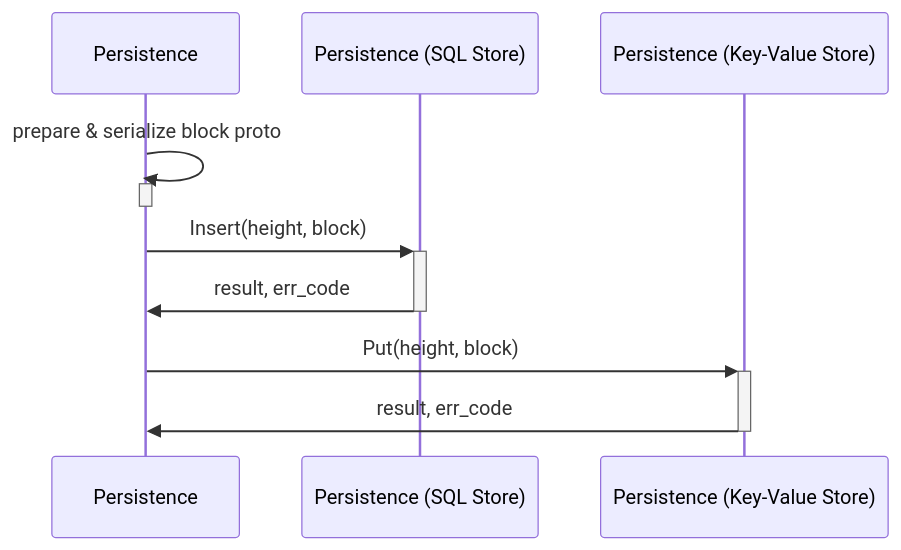
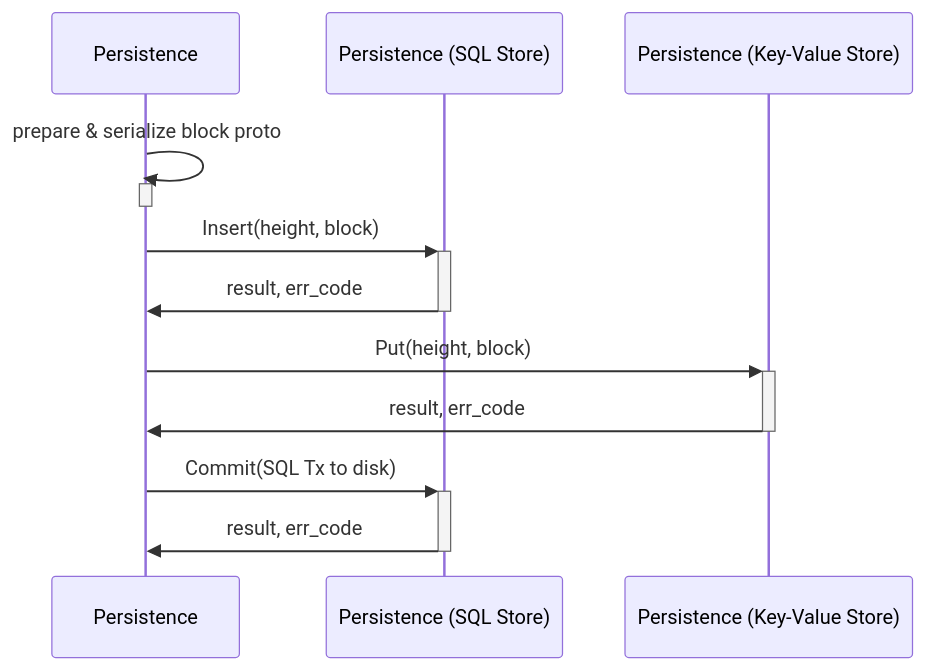
One commit to pokt-network/pocket changed the second of 2 diagrams in persistence/docs/PROTOCOL_STATE_HASH.md. Above: the diagram before and after it, drawn with Mermaid. The commit also changed other lines of this file, not shown here.

````diff
--- a/persistence/docs/PROTOCOL_STATE_HASH.md
+++ b/persistence/docs/PROTOCOL_STATE_HASH.md
@@ -101,18 +108,22 @@
 ```mermaid
 sequenceDiagram
     participant P as Persistence
     participant PSQL as Persistence (SQL Store)
     participant PKV as Persistence (Key-Value Store)
 
     P->>P: prepare & serialize block proto
     activate P
     deactivate P
 
     %% Insert into the SQL store
     P->>+PSQL: Insert(height, block)
     PSQL->>-P: result, err_code
 
     %% Insert into the Block Store (i.e. Key-Value store)
     P->>+PKV: Put(height, block)
     PKV->>-P: result, err_code
+
+    %% Commit the SQL transaction
+    P->>+PSQL: Commit(SQL Tx to disk)
+    PSQL->>-P: result, err_code
 ```
````
